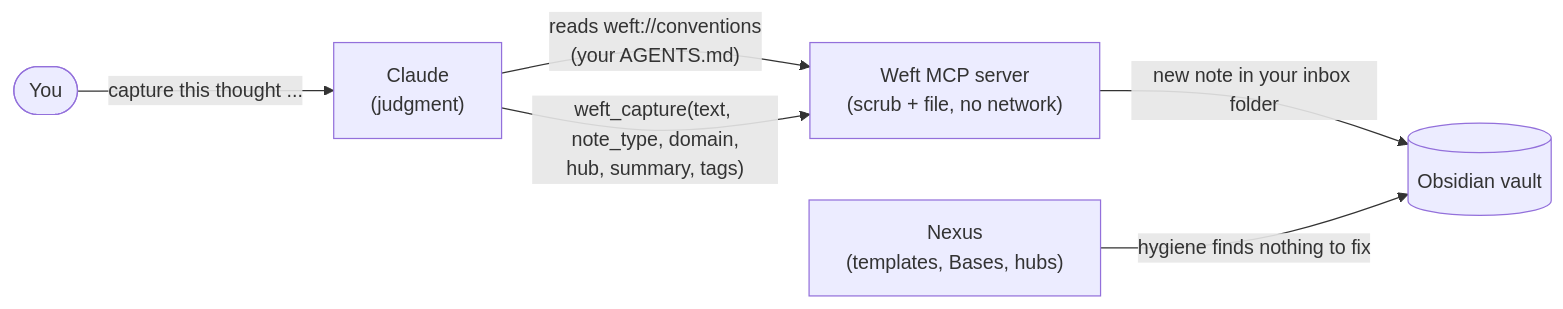
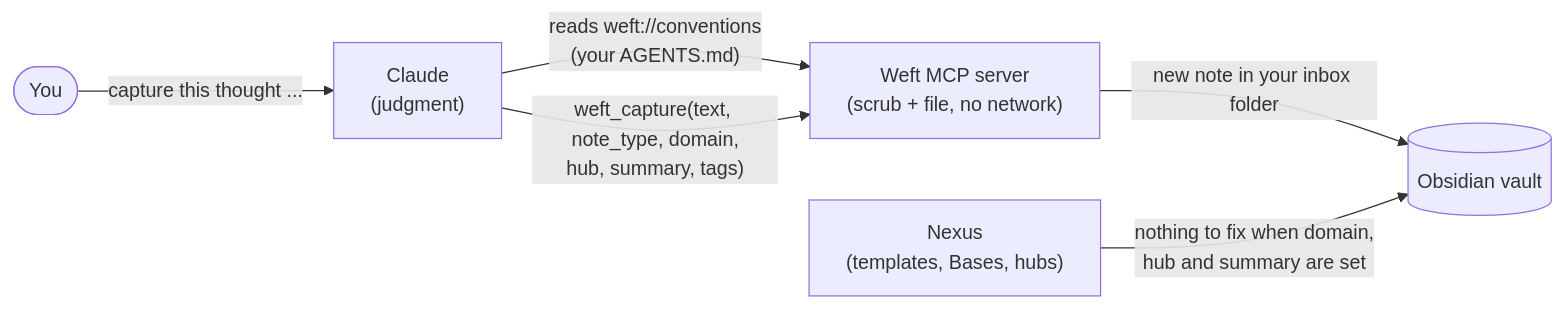
Before and after one commit to LuckyP86H/Weft: the diagram in README.md, drawn with Mermaid. The commit also changed other lines of this file and 2 other files, not shown here.

Commit message:
Docs: what Weft won't do, how it fits with Nexus, roadmap, AGENTS.md (#14)

````diff
--- a/README.md
+++ b/README.md
@@ -80,8 +87,8 @@
 ```mermaid
 flowchart LR
     you([You]) -->|"capture this thought ..."| claude["Claude<br/>(judgment)"]
     claude -->|"reads weft://conventions<br/>(your AGENTS.md)"| weft
     claude -->|"weft_capture(text, note_type, domain,<br/>hub, summary, tags)"| weft["Weft MCP server<br/>(scrub + file, no network)"]
     weft -->|"new note in your inbox folder"| vault[("Obsidian vault")]
-    nexus["Nexus<br/>(templates, Bases, hubs)"] -->|"hygiene finds nothing to fix"| vault
+    nexus["Nexus<br/>(templates, Bases, hubs)"] -->|"nothing to fix when domain,<br/>hub and summary are set"| vault
 ```
````
